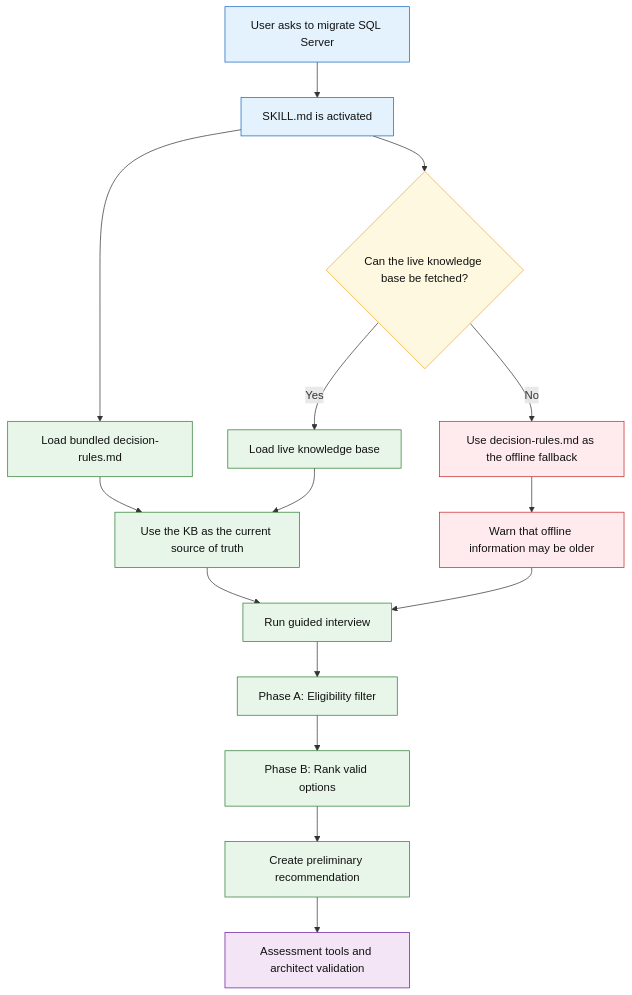
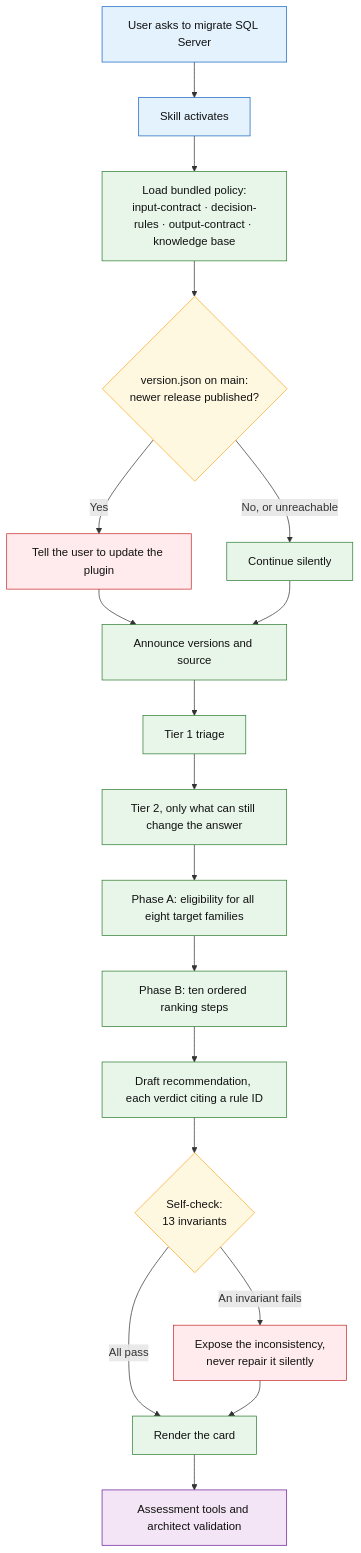
The first of 6 diagrams in docs/sql-migration-advisor-developer-pitch.md (fredgis/sql-migration-advisor), drawn with Mermaid before and after one commit. The commit also changed other lines of this file and 3 other files, not shown here.

````diff
--- a/docs/sql-migration-advisor-developer-pitch.md
+++ b/docs/sql-migration-advisor-developer-pitch.md
@@ -23,33 +23,34 @@
 ```mermaid
 flowchart TD
-    A[User asks to migrate SQL Server] --> B[SKILL.md is activated]
+    A[User asks to migrate SQL Server] --> B[Skill activates]
 
-    B --> C[Load bundled decision-rules.md]
-    B --> D{Can the live knowledge base be fetched?}
+    B --> C[Load bundled policy:<br/>input-contract · decision-rules · output-contract · knowledge base]
+    C --> D{version.json on main:<br/>newer release published?}
+    D -- Yes --> E[Tell the user to update the plugin]
+    D -- No, or unreachable --> F[Continue silently]
+    E --> G[Announce versions and source]
+    F --> G
 
-    D -- Yes --> E[Load live knowledge base]
-    E --> F[Use the KB as the current source of truth]
-    C --> F
+    G --> H[Tier 1 triage]
+    H --> I[Tier 2, only what can still change the answer]
+    I --> J[Phase A: eligibility for all eight target families]
+    J --> K[Phase B: ten ordered ranking steps]
+    K --> L[Draft recommendation, each verdict citing a rule ID]
 
-    D -- No --> G[Use decision-rules.md as the offline fallback]
-    G --> H[Warn that offline information may be older]
-
-    F --> I[Run guided interview]
-    H --> I
-
-    I --> J[Phase A: Eligibility filter]
-    J --> K[Phase B: Rank valid options]
-    K --> L[Create preliminary recommendation]
-    L --> M[Assessment tools and architect validation]
+    L --> M{Self-check:<br/>13 invariants}
+    M -- An invariant fails --> N[Expose the inconsistency,<br/>never repair it silently]
+    M -- All pass --> O[Render the card]
+    N --> O
+    O --> P[Assessment tools and architect validation]
 
     classDef entry fill:#e3f2fd,stroke:#1565c0,color:#111
     classDef ask fill:#fff8e1,stroke:#f9a825,color:#111
-    classDef online fill:#e8f5e9,stroke:#2e7d32,color:#111
-    classDef offline fill:#ffebee,stroke:#c62828,color:#111
+    classDef flow fill:#e8f5e9,stroke:#2e7d32,color:#111
+    classDef guard fill:#ffebee,stroke:#c62828,color:#111
     classDef human fill:#f3e5f5,stroke:#6a1b9a,color:#111
     class A,B entry
-    class D ask
-    class C,E,F,I,J,K,L online
-    class G,H offline
-    class M human
+    class D,M ask
+    class C,F,G,H,I,J,K,L,O flow
+    class E,N guard
+    class P human
 ```
````
